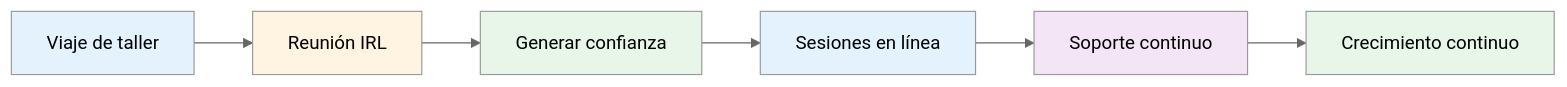
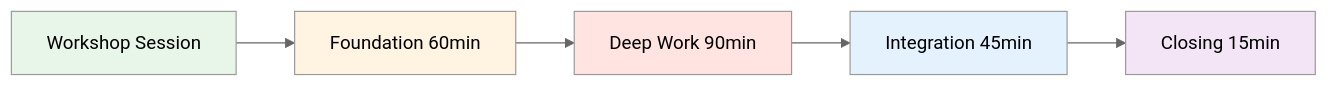
Before and after one commit to patwii/petanque-academy: the first of 4 diagrams in docs/es/workshop.md, drawn with Mermaid (neutral theme). The commit also changed other lines of this file and 259 other files, not shown here.

````diff
--- a/docs/es/workshop.md
+++ b/docs/es/workshop.md
@@ -11,15 +13,13 @@
 ```mermaid
 graph LR
-    A[Viaje de taller] --> B[Reunión IRL]
-    B --> C[Generar confianza]
-    C --> D[Sesiones en línea]
-    D --> E[Soporte continuo]
-    E --> F[Crecimiento continuo]
+    A[Workshop Session] --> B[Foundation 60min]
+    B --> C[Deep Work 90min]
+    C --> D[Integration 45min]
+    D --> E[Closing 15min]
 
-    style A fill:#e3f2fd
+    style A fill:#e8f5e9
     style B fill:#fff4e1
-    style C fill:#e8f5e9
+    style C fill:#ffe4e1
     style D fill:#e3f2fd
     style E fill:#f3e5f5
-    style F fill:#e8f5e9
 ```
````
